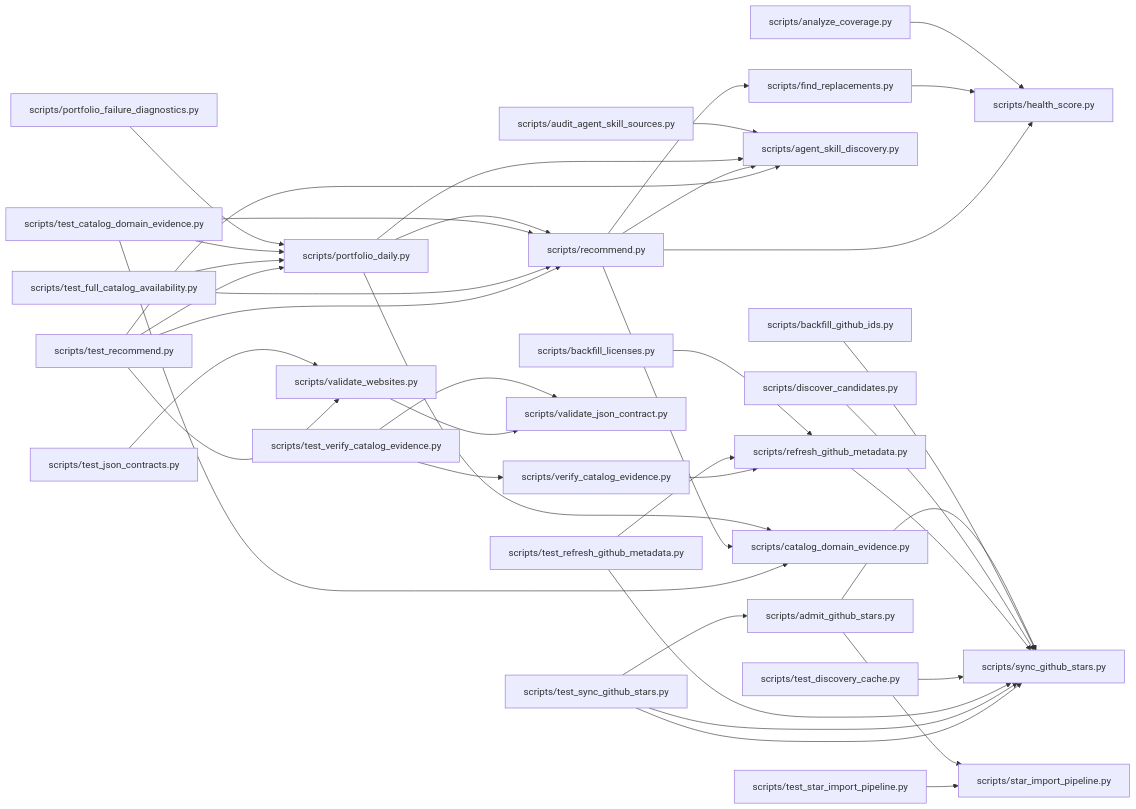
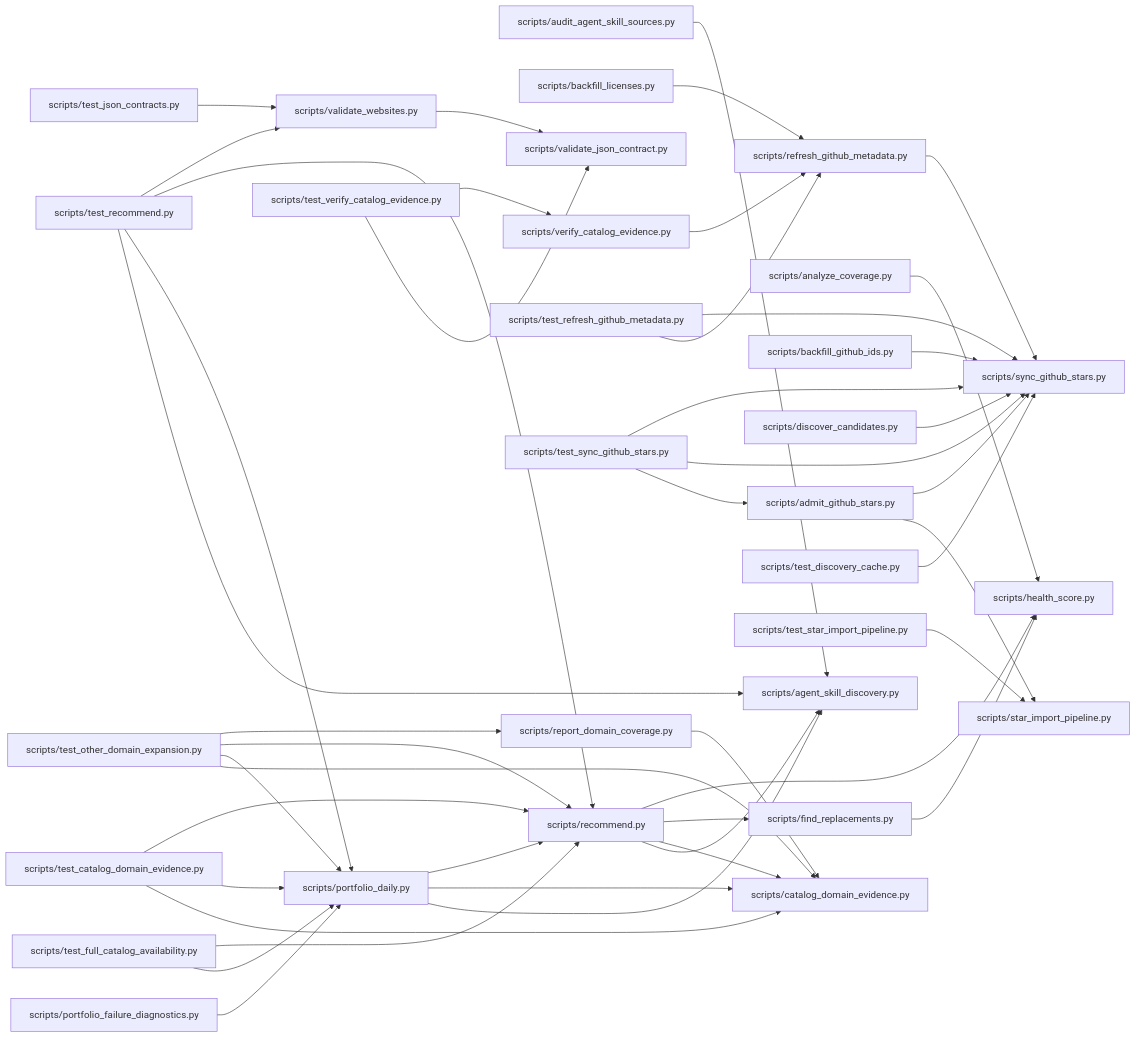
Before and after one commit to dbrckk/star-list: the diagram in .ai/brain/architecture.mmd, drawn with Mermaid. The commit also changed 81 other files, not shown here.

```diff
--- a/.ai/brain/architecture.mmd
+++ b/.ai/brain/architecture.mmd
@@ -1,39 +1,44 @@
 flowchart LR
   n8d03612ec4["scripts/admit_github_stars.py"] --> n83b2d4016a["scripts/star_import_pipeline.py"]
   n8d03612ec4["scripts/admit_github_stars.py"] --> n9ec765cbfe["scripts/sync_github_stars.py"]
   n493b546fce["scripts/analyze_coverage.py"] --> n61da7feb3f["scripts/health_score.py"]
   nf8bb101102["scripts/audit_agent_skill_sources.py"] --> n6f6651784c["scripts/agent_skill_discovery.py"]
   n492d5ac0a2["scripts/backfill_github_ids.py"] --> n9ec765cbfe["scripts/sync_github_stars.py"]
   nbea452dbc9["scripts/backfill_licenses.py"] --> n673a0bb367["scripts/refresh_github_metadata.py"]
   n19fd372d41["scripts/discover_candidates.py"] --> n9ec765cbfe["scripts/sync_github_stars.py"]
   n3c5af248bc["scripts/find_replacements.py"] --> n61da7feb3f["scripts/health_score.py"]
   n9c65ddcee9["scripts/portfolio_daily.py"] --> n6f6651784c["scripts/agent_skill_discovery.py"]
   n9c65ddcee9["scripts/portfolio_daily.py"] --> n3273839e7c["scripts/catalog_domain_evidence.py"]
   n9c65ddcee9["scripts/portfolio_daily.py"] --> n6b33751c21["scripts/recommend.py"]
   nc1854cfb67["scripts/portfolio_failure_diagnostics.py"] --> n9c65ddcee9["scripts/portfolio_daily.py"]
   n6b33751c21["scripts/recommend.py"] --> n6f6651784c["scripts/agent_skill_discovery.py"]
   n6b33751c21["scripts/recommend.py"] --> n3273839e7c["scripts/catalog_domain_evidence.py"]
   n6b33751c21["scripts/recommend.py"] --> n3c5af248bc["scripts/find_replacements.py"]
   n6b33751c21["scripts/recommend.py"] --> n61da7feb3f["scripts/health_score.py"]
   n673a0bb367["scripts/refresh_github_metadata.py"] --> n9ec765cbfe["scripts/sync_github_stars.py"]
+  n37a9e6f7d5["scripts/report_domain_coverage.py"] --> n3273839e7c["scripts/catalog_domain_evidence.py"]
   ne204f959dc["scripts/test_catalog_domain_evidence.py"] --> n3273839e7c["scripts/catalog_domain_evidence.py"]
   ne204f959dc["scripts/test_catalog_domain_evidence.py"] --> n9c65ddcee9["scripts/portfolio_daily.py"]
   ne204f959dc["scripts/test_catalog_domain_evidence.py"] --> n6b33751c21["scripts/recommend.py"]
   n5d2467085c["scripts/test_discovery_cache.py"] --> n9ec765cbfe["scripts/sync_github_stars.py"]
   n4909bff5b8["scripts/test_full_catalog_availability.py"] --> n9c65ddcee9["scripts/portfolio_daily.py"]
   n4909bff5b8["scripts/test_full_catalog_availability.py"] --> n6b33751c21["scripts/recommend.py"]
   n116275bc4e["scripts/test_json_contracts.py"] --> nd96d7a95bb["scripts/validate_websites.py"]
+  nf05c8959e5["scripts/test_other_domain_expansion.py"] --> n3273839e7c["scripts/catalog_domain_evidence.py"]
+  nf05c8959e5["scripts/test_other_domain_expansion.py"] --> n9c65ddcee9["scripts/portfolio_daily.py"]
+  nf05c8959e5["scripts/test_other_domain_expansion.py"] --> n6b33751c21["scripts/recommend.py"]
+  nf05c8959e5["scripts/test_other_domain_expansion.py"] --> n37a9e6f7d5["scripts/report_domain_coverage.py"]
   n351bd21466["scripts/test_recommend.py"] --> n6f6651784c["scripts/agent_skill_discovery.py"]
   n351bd21466["scripts/test_recommend.py"] --> n9c65ddcee9["scripts/portfolio_daily.py"]
   n351bd21466["scripts/test_recommend.py"] --> n6b33751c21["scripts/recommend.py"]
   n351bd21466["scripts/test_recommend.py"] --> nd96d7a95bb["scripts/validate_websites.py"]
   nfc3af7e38e["scripts/test_refresh_github_metadata.py"] --> n673a0bb367["scripts/refresh_github_metadata.py"]
   nfc3af7e38e["scripts/test_refresh_github_metadata.py"] --> n9ec765cbfe["scripts/sync_github_stars.py"]
   n0c8a572d8b["scripts/test_star_import_pipeline.py"] --> n83b2d4016a["scripts/star_import_pipeline.py"]
   n895eef35e5["scripts/test_sync_github_stars.py"] --> n8d03612ec4["scripts/admit_github_stars.py"]
   n895eef35e5["scripts/test_sync_github_stars.py"] --> n9ec765cbfe["scripts/sync_github_stars.py"]
   nf529075003["scripts/test_verify_catalog_evidence.py"] --> nbd2a675ab8["scripts/validate_json_contract.py"]
   nf529075003["scripts/test_verify_catalog_evidence.py"] --> n387ca81352["scripts/verify_catalog_evidence.py"]
   nd96d7a95bb["scripts/validate_websites.py"] --> nbd2a675ab8["scripts/validate_json_contract.py"]
   n387ca81352["scripts/verify_catalog_evidence.py"] --> n673a0bb367["scripts/refresh_github_metadata.py"]
   n895eef35e5["scripts/test_sync_github_stars.py"] --> n9ec765cbfe["scripts/sync_github_stars.py"]
```
